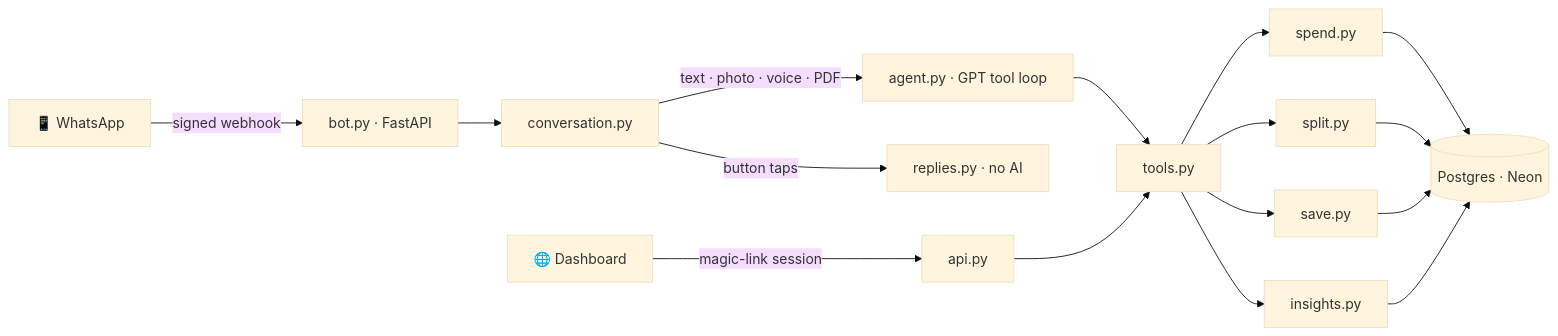
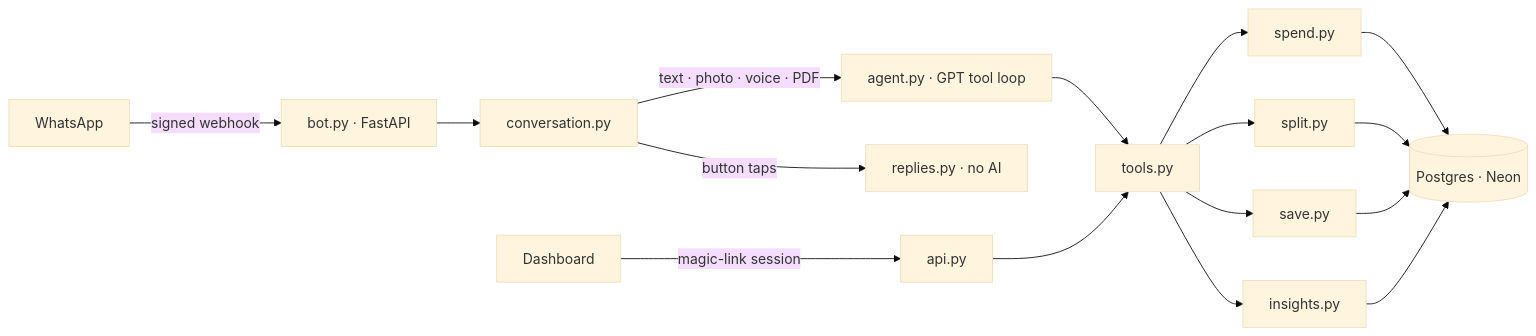
Before and after one commit to Arav-Arun/Spenzo: the diagram in README.md, drawn with Mermaid (base theme). The commit also changed other lines of this file, not shown here.

````diff
--- a/README.md
+++ b/README.md
@@ -26,12 +22,12 @@
 ```mermaid
 flowchart LR
-    WA["📱 WhatsApp"] -->|"signed webhook"| BOT["bot.py · FastAPI"]
-    WEB["🌐 Dashboard"] -->|"magic-link session"| API["api.py"]
+    WA["WhatsApp"] -->|"signed webhook"| BOT["bot.py · FastAPI"]
+    WEB["Dashboard"] -->|"magic-link session"| API["api.py"]
     BOT --> CONV["conversation.py"]
     CONV -->|"button taps"| REPLIES["replies.py · no AI"]
     CONV -->|"text · photo · voice · PDF"| AGENT["agent.py · GPT tool loop"]
     AGENT --> TOOLS["tools.py"]
     API --> TOOLS
     TOOLS --> SPEND["spend.py"] & SPLIT["split.py"] & SAVE["save.py"] & SEE["insights.py"]
     SPEND & SPLIT & SAVE & SEE --> DB[("Postgres · Neon")]
 ```
````
